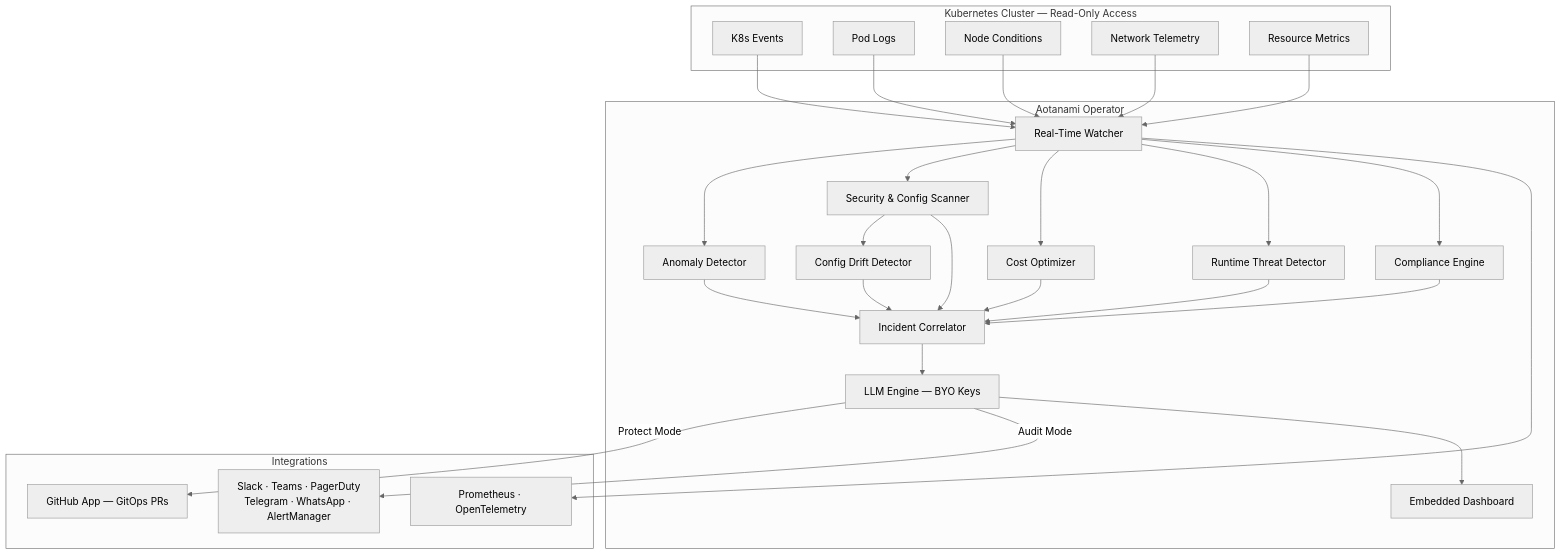
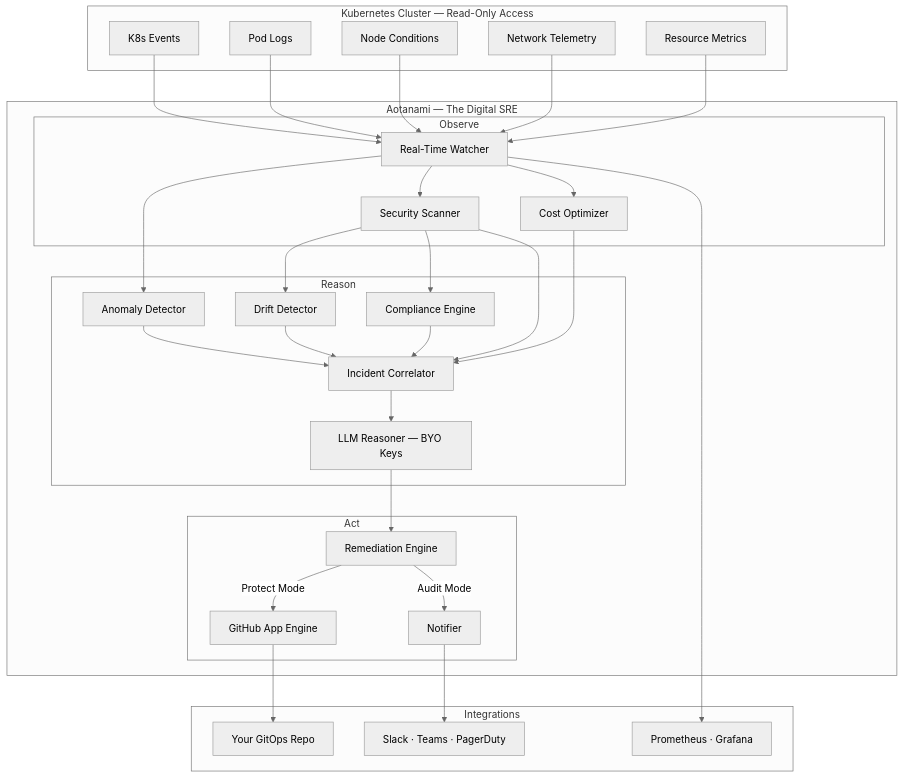
Before and after one commit to zelyo-ai/zelyo-operator: the diagram in docs/index.md, drawn with Mermaid (neutral theme). The commit also changed other lines of this file and 49 other files, not shown here.

First line of the commit message:
feat: Add GitHub integration and enhance GitOps repository management with new source and discovery mechanisms. (#18)

````diff
--- a/docs/index.md
+++ b/docs/index.md
@@ -121,39 +121,48 @@
 ```mermaid
 graph TB
     subgraph "Kubernetes Cluster — Read-Only Access"
         Events[K8s Events]
         Logs[Pod Logs]
         Nodes[Node Conditions]
         Net[Network Telemetry]
         Metrics[Resource Metrics]
     end
 
-    subgraph "Aotanami Operator"
-        Watcher[Real-Time Watcher]
-        Scanner[Security & Config Scanner]
-        Compliance[Compliance Engine]
-        CostEng[Cost Optimizer]
-        AnomalyDet[Anomaly Detector]
-        Threat[Runtime Threat Detector]
-        DriftDet[Config Drift Detector]
-        Correlator[Incident Correlator]
-        LLM["LLM Engine — BYO Keys"]
-        Dashboard[Embedded Dashboard]
+    subgraph "Aotanami — The Digital SRE"
+        subgraph "Observe"
+            Watcher[Real-Time Watcher]
+            Scanner[Security Scanner]
+            CostEng[Cost Optimizer]
+        end
+        subgraph "Reason"
+            AnomalyDet[Anomaly Detector]
+            Correlator[Incident Correlator]
+            Compliance[Compliance Engine]
+            DriftDet[Drift Detector]
+            LLM["LLM Reasoner — BYO Keys"]
+        end
+        subgraph "Act"
+            Remediation[Remediation Engine]
+            GitOps[GitHub App Engine]
+            Notify[Notifier]
+        end
     end
 
     subgraph "Integrations"
-        GitOps[GitHub App — GitOps PRs]
-        Alerts["Slack · Teams · PagerDuty<br/>Telegram · WhatsApp · AlertManager"]
-        Prom["Prometheus · OpenTelemetry"]
+        GitRepo[Your GitOps Repo]
+        Alerts["Slack · Teams · PagerDuty"]
+        Prom["Prometheus · Grafana"]
     end
 
     Events & Logs & Nodes & Net & Metrics --> Watcher
-    Watcher --> AnomalyDet & Scanner & CostEng & Threat & Compliance
-    Scanner --> DriftDet
-    AnomalyDet & Scanner & CostEng & Threat & Compliance & DriftDet --> Correlator
+    Watcher --> AnomalyDet & Scanner & CostEng
+    Scanner --> DriftDet & Compliance
+    AnomalyDet & Scanner & CostEng & DriftDet & Compliance --> Correlator
     Correlator --> LLM
-    LLM -->|Protect Mode| GitOps
-    LLM -->|Audit Mode| Alerts
-    LLM --> Dashboard
+    LLM --> Remediation
+    Remediation -->|Protect Mode| GitOps
+    Remediation -->|Audit Mode| Notify
+    GitOps --> GitRepo
+    Notify --> Alerts
     Watcher --> Prom
 ```
````
